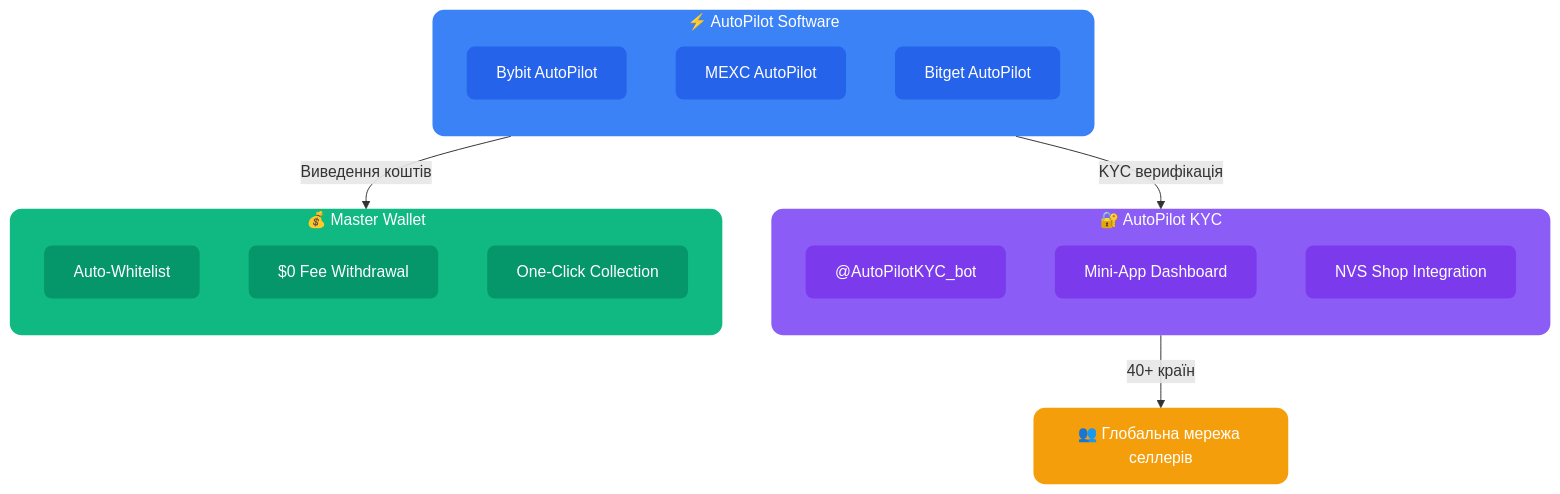
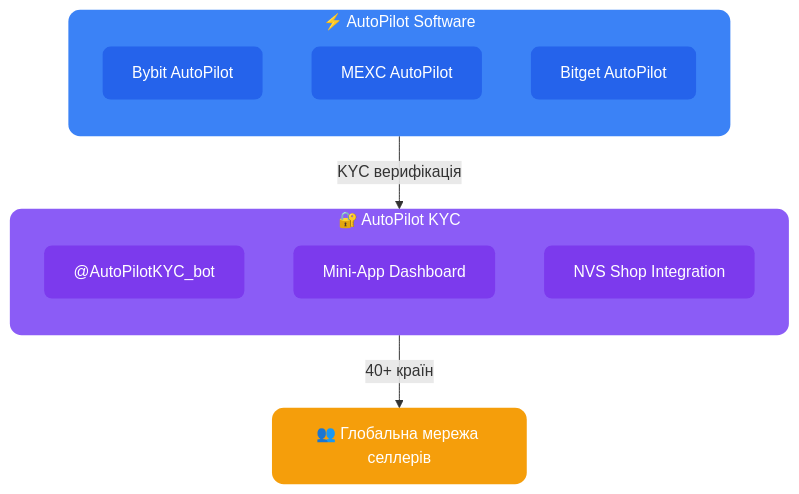
The diagram in src/content/docs/ua/index.mdx (AutoPilotSoftware/docs), drawn with Mermaid before and after one commit. The commit also changed other lines of this file and 2 other files, not shown here.

Commit message:
Remove Master Wallet from index page and diagram

````diff
--- a/src/content/docs/ua/index.mdx
+++ b/src/content/docs/ua/index.mdx
@@ -8,41 +8,30 @@
 ```mermaid
 flowchart TD
     subgraph CORE ["⚡ AutoPilot Software"]
         direction TB
         BP["Bybit AutoPilot"]
         MP["MEXC AutoPilot"]
         BG["Bitget AutoPilot"]
     end
 
     subgraph KYC ["🔐 AutoPilot KYC"]
         direction TB
         BOT["@AutoPilotKYC_bot"]
         APP["Mini-App Dashboard"]
         NVS["NVS Shop Integration"]
     end
 
-    subgraph WALLET ["💰 Master Wallet"]
-        direction TB
-        WL["Auto-Whitelist"]
-        WD["$0 Fee Withdrawal"]
-        DIST["One-Click Collection"]
-    end
-
     CORE -->|"KYC верифікація"| KYC
-    CORE -->|"Виведення коштів"| WALLET
     KYC -->|"40+ країн"| SELLERS["👥 Глобальна мережа селлерів"]
 
     style CORE fill:#3b82f6,color:#fff,stroke:none,rx:12
     style KYC fill:#8b5cf6,color:#fff,stroke:none,rx:12
-    style WALLET fill:#10b981,color:#fff,stroke:none,rx:12
     style SELLERS fill:#f59e0b,color:#fff,stroke:none,rx:12
     style BP fill:#2563eb,color:#fff,stroke:none,rx:8
     style MP fill:#2563eb,color:#fff,stroke:none,rx:8
     style BG fill:#2563eb,color:#fff,stroke:none,rx:8
     style BOT fill:#7c3aed,color:#fff,stroke:none,rx:8
     style APP fill:#7c3aed,color:#fff,stroke:none,rx:8
     style NVS fill:#7c3aed,color:#fff,stroke:none,rx:8
-    style WL fill:#059669,color:#fff,stroke:none,rx:8
-    style WD fill:#059669,color:#fff,stroke:none,rx:8
-    style DIST fill:#059669,color:#fff,stroke:none,rx:8
+
 ```
````
